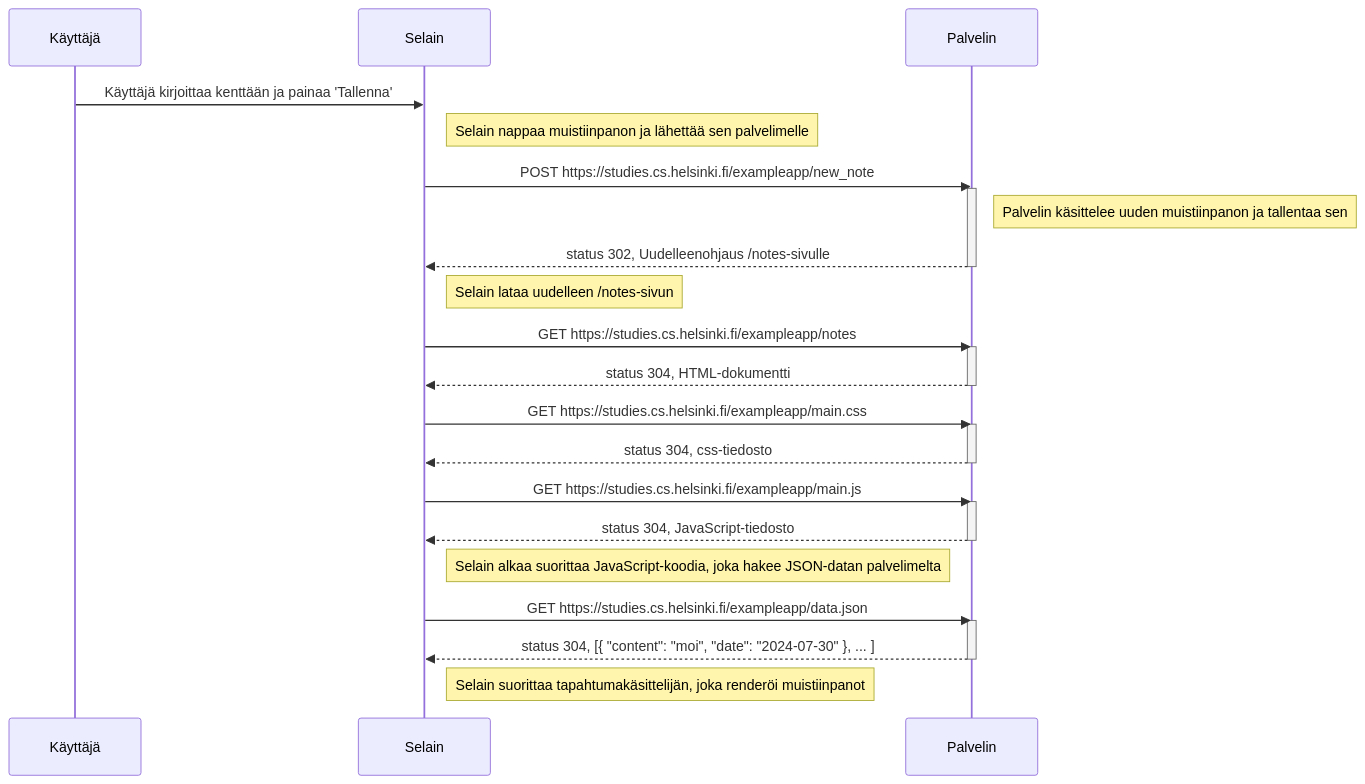
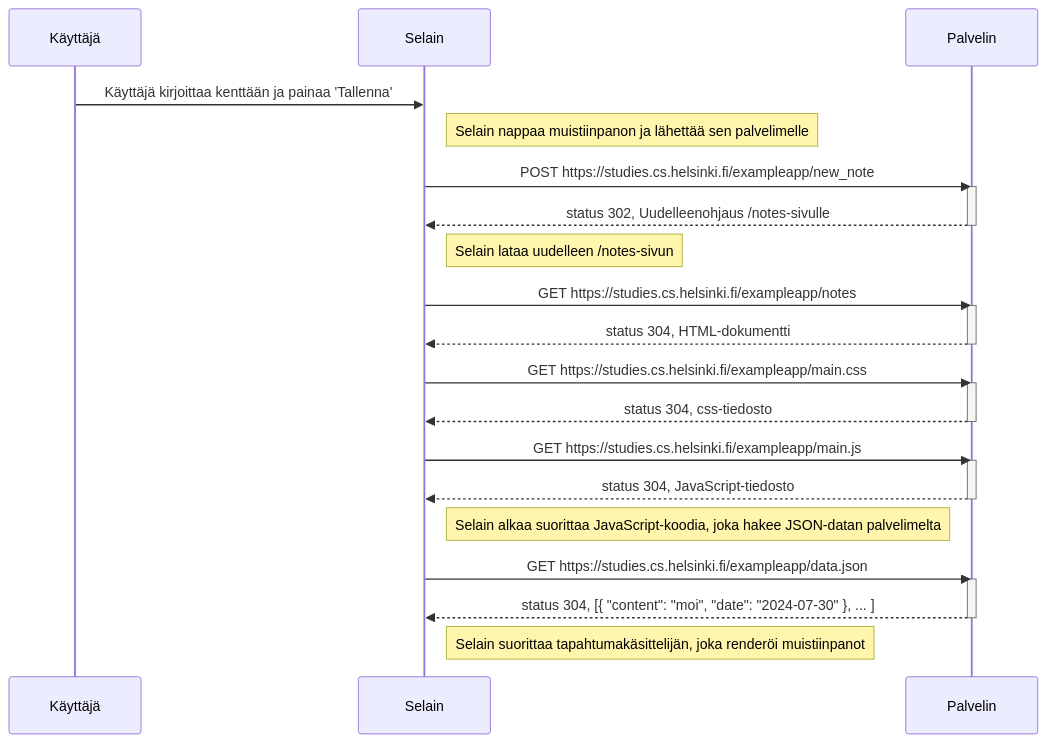
The diagram in osa0/tehtava_0.4.md (amandahak/fullstackopen_ah), drawn with Mermaid before and after one commit.

Commit message:
pieni muutos tehtävää 0.4

````diff
--- a/osa0/tehtava_0.4.md
+++ b/osa0/tehtava_0.4.md
@@ -1,43 +1,42 @@
 ```mermaid
 sequenceDiagram
     participant user as Käyttäjä
     participant browser as Selain
     participant server as Palvelin
 
     user->>browser: Käyttäjä kirjoittaa kenttään ja painaa 'Tallenna'
     
     Note right of browser: Selain nappaa muistiinpanon ja lähettää sen palvelimelle
     
     browser->>server: POST https://studies.cs.helsinki.fi/exampleapp/new_note
     activate server
-    Note right of server: Palvelin käsittelee uuden muistiinpanon ja tallentaa sen
     server-->>browser: status 302, Uudelleenohjaus /notes-sivulle
     deactivate server
 
     Note right of browser: Selain lataa uudelleen /notes-sivun
     
     browser->>server: GET https://studies.cs.helsinki.fi/exampleapp/notes
     activate server
     server-->>browser: status 304, HTML-dokumentti
     deactivate server
     
     browser->>server: GET https://studies.cs.helsinki.fi/exampleapp/main.css
     activate server
     server-->>browser: status 304, css-tiedosto
     deactivate server
     
     browser->>server: GET https://studies.cs.helsinki.fi/exampleapp/main.js
     activate server
     server-->>browser: status 304, JavaScript-tiedosto
     deactivate server
     
     Note right of browser: Selain alkaa suorittaa JavaScript-koodia, joka hakee JSON-datan palvelimelta
     
     browser->>server: GET https://studies.cs.helsinki.fi/exampleapp/data.json
     activate server
     server-->>browser: status 304, [{ "content": "moi", "date": "2024-07-30" }, ... ]
     deactivate server    
 
     Note right of browser: Selain suorittaa tapahtumakäsittelijän, joka renderöi muistiinpanot
 
 ```
````
